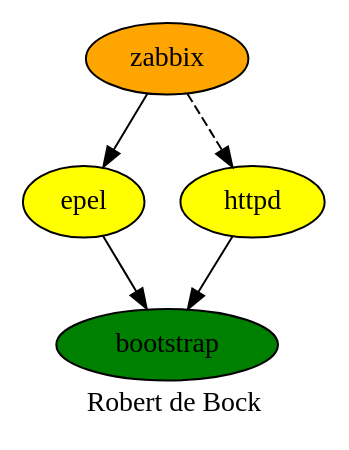
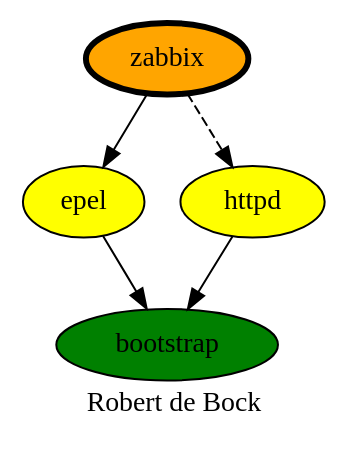
Before and after one commit to robertdebock/robertdebock.github.io: the diagram in zabbix.dot, drawn with Graphviz. The commit also changed 24 other files, not shown here.

```diff
--- a/zabbix.dot
+++ b/zabbix.dot
@@ -1,13 +1,13 @@
 digraph PhiloDilemma {
   label = "Robert de Bock" ;
   overlap=false
   {
     bootstrap [fillcolor=green style=filled]
     epel [fillcolor=yellow style=filled]
     httpd [fillcolor=yellow style=filled]
-    zabbix [fillcolor=orange style=filled]
+    zabbix [fillcolor=orange style=filled penwidth=3]
   }
   {epel httpd} -> bootstrap
   zabbix -> epel
   zabbix -> httpd [style=dashed]
 }
```
